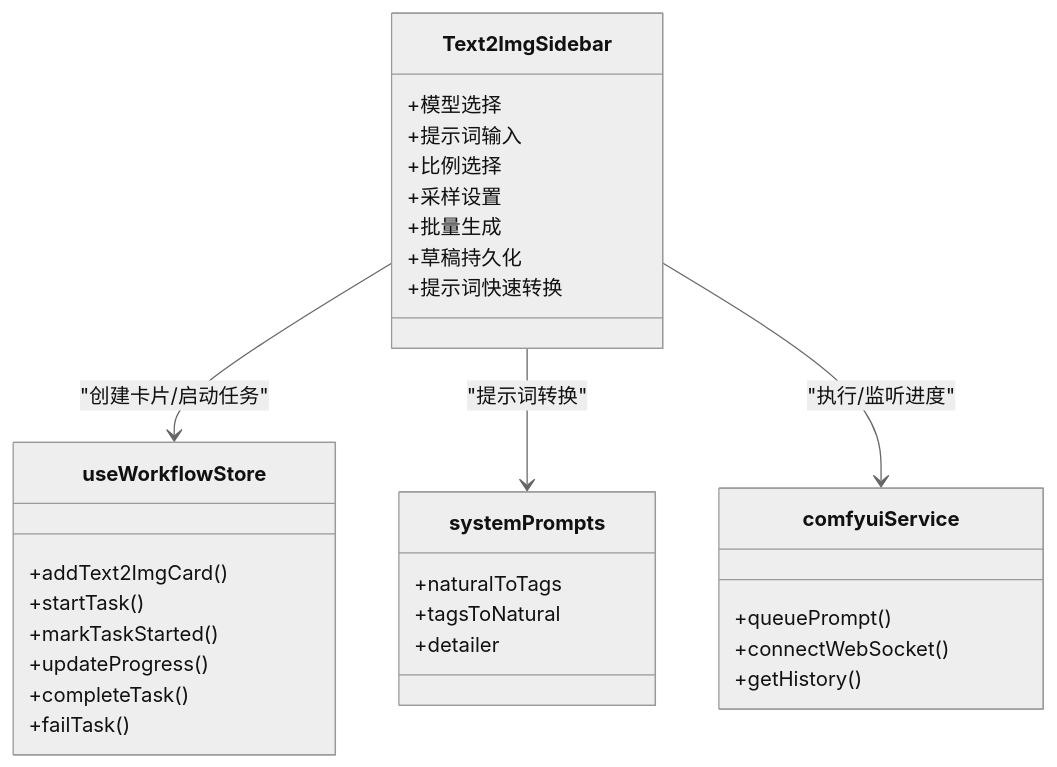
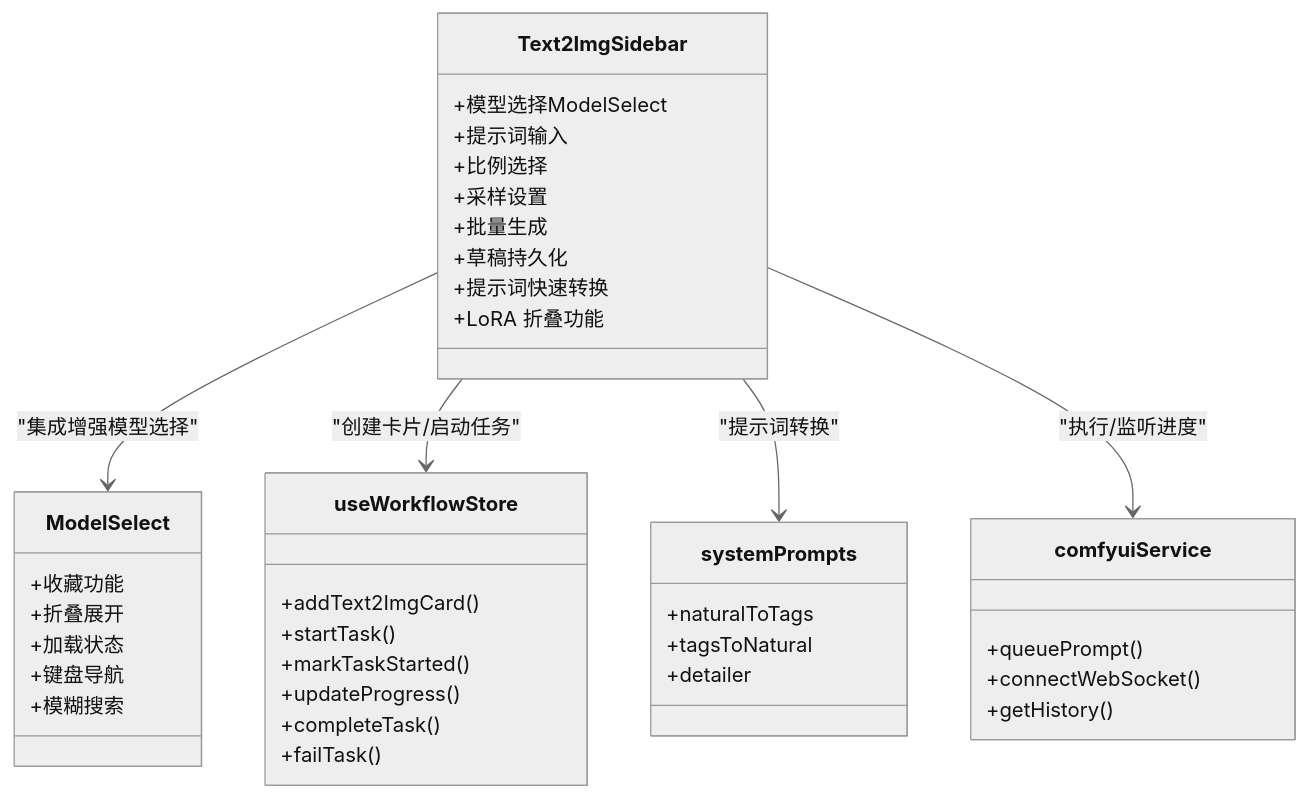
The third of 4 diagrams in .qoder/repowiki/zh/content/用户界面组件/控制面板组件/文本到图像侧边栏.md (billye220670/CorineKit_Pix2Real), drawn with Mermaid (neutral theme) before and after one commit. The commit also changed other lines of this file and 54 other files, not shown here.

First line of the commit message:
feat: 模型下拉菜单元数据管理（缩略图+重命名）及session mask恢复优化

````diff
--- a/.qoder/repowiki/zh/content/用户界面组件/控制面板组件/文本到图像侧边栏.md
+++ b/.qoder/repowiki/zh/content/用户界面组件/控制面板组件/文本到图像侧边栏.md
@@ -185,33 +236,42 @@
 ```mermaid
 classDiagram
 class Text2ImgSidebar {
-+模型选择
++模型选择ModelSelect
 +提示词输入
 +比例选择
 +采样设置
 +批量生成
 +草稿持久化
 +提示词快速转换
++LoRA 折叠功能
+}
+class ModelSelect {
++收藏功能
++折叠展开
++加载状态
++键盘导航
++模糊搜索
 }
 class useWorkflowStore {
 +addText2ImgCard()
 +startTask()
 +markTaskStarted()
 +updateProgress()
 +completeTask()
 +failTask()
 }
 class systemPrompts {
 +naturalToTags
 +tagsToNatural
 +detailer
 }
 class comfyuiService {
 +queuePrompt()
 +connectWebSocket()
 +getHistory()
 }
+Text2ImgSidebar --> ModelSelect : "集成增强模型选择"
 Text2ImgSidebar --> useWorkflowStore : "创建卡片/启动任务"
 Text2ImgSidebar --> systemPrompts : "提示词转换"
 Text2ImgSidebar --> comfyuiService : "执行/监听进度"
 ```
````
